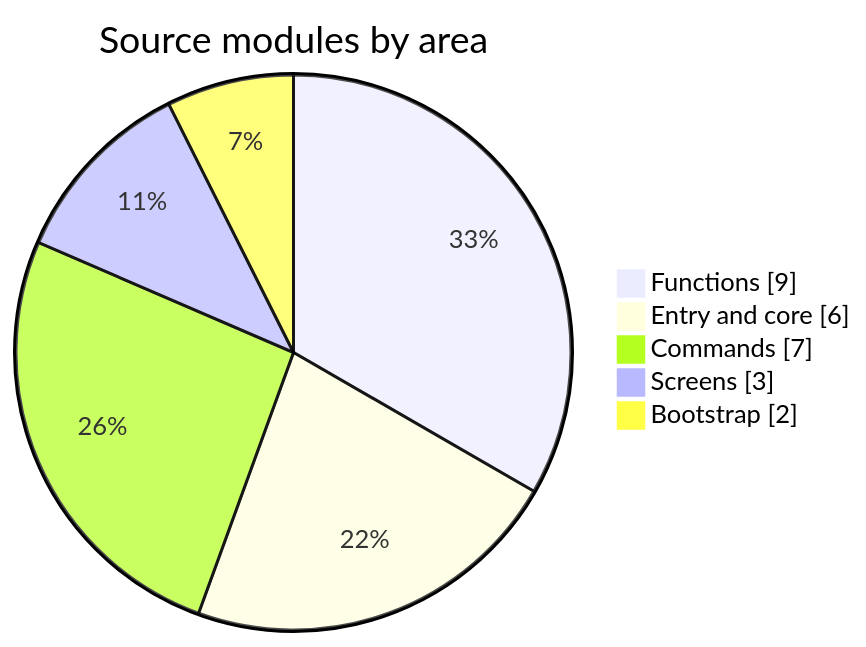
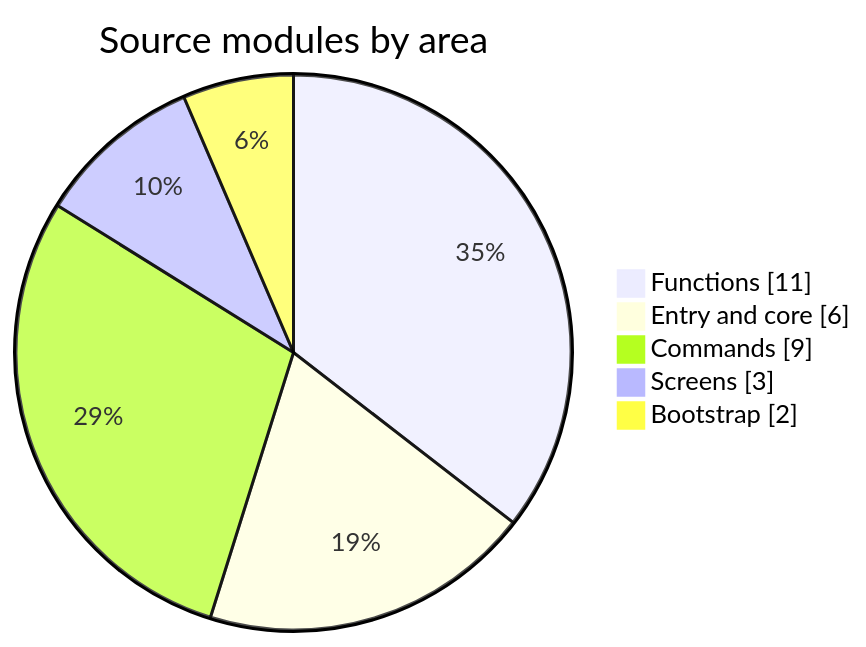
Before and after one commit to Armoghans-Organization/Omarchy-Tweaker: the third of 3 diagrams in docs/architecture.md, drawn with Mermaid. The commit also changed other lines of this file and 20 other files, not shown here.

````diff
--- a/docs/architecture.md
+++ b/docs/architecture.md
@@ -116,9 +132,9 @@
 ```mermaid
 pie showData
     title Source modules by area
-    "Functions" : 9
+    "Functions" : 11
     "Entry and core" : 6
-    "Commands" : 7
+    "Commands" : 9
     "Screens" : 3
     "Bootstrap" : 2
 ```
````
